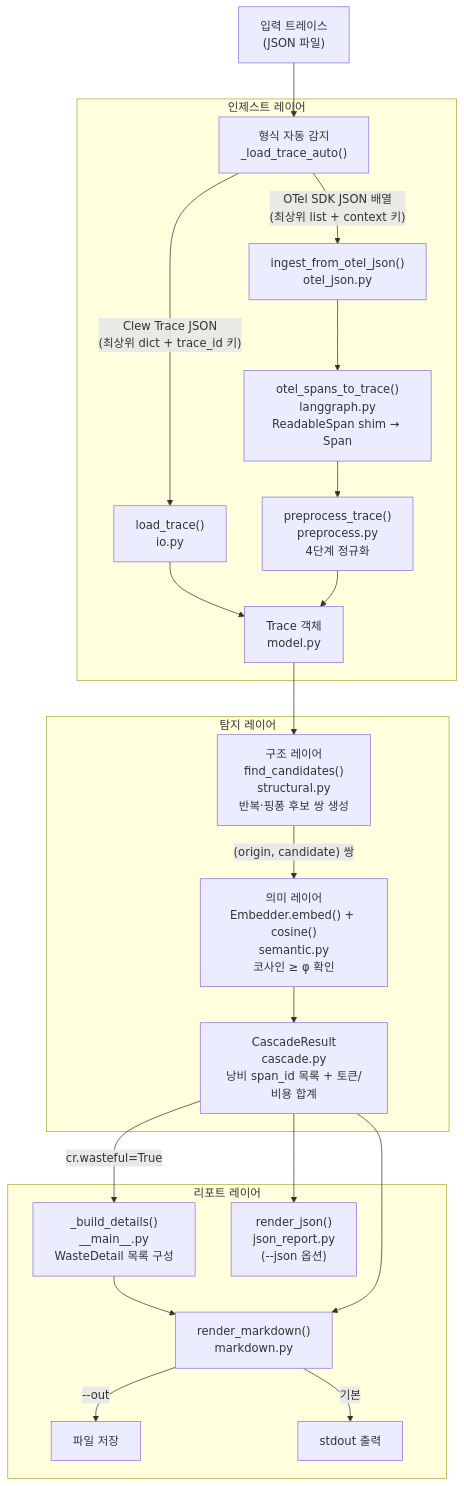
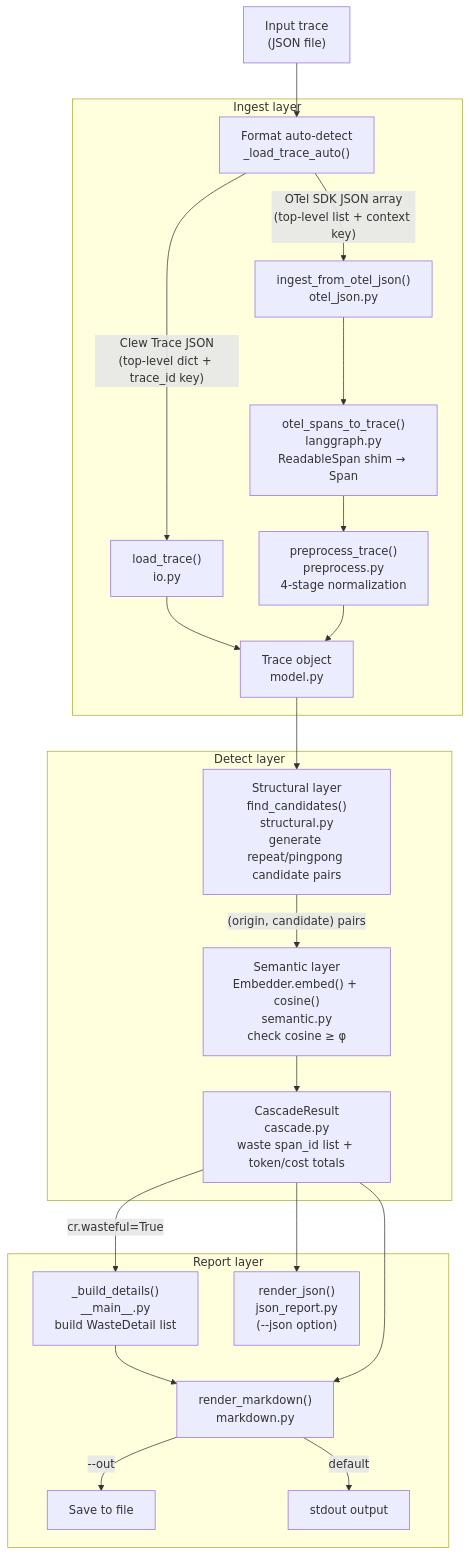
One commit to JEONSEWON/Clew-by-Custos changed the first of 2 diagrams in docs/ARCHITECTURE.md. Above: the diagram before and after it, drawn with Mermaid. The commit also changed other lines of this file and 5 other files, not shown here.

Commit message:
docs: translate all internal logs to English (PATTERNS, REDUNDANCY_BENCH, HANDOFF, TOOLATHLON, CC_TRANSCRIPT, ARCHITECTURE)

````diff
--- a/docs/ARCHITECTURE.md
+++ b/docs/ARCHITECTURE.md
@@ -46,31 +67,31 @@
 ```mermaid
 graph TD
-    A["입력 트레이스<br/>(JSON 파일)"] --> B
+    A["Input trace<br/>(JSON file)"] --> B
 
-    subgraph 인제스트 레이어
-        B["형식 자동 감지<br/>_load_trace_auto()"]
-        B -->|"Clew Trace JSON<br/>(최상위 dict + trace_id 키)"| C1["load_trace()<br/>io.py"]
-        B -->|"OTel SDK JSON 배열<br/>(최상위 list + context 키)"| C2["ingest_from_otel_json()<br/>otel_json.py"]
+    subgraph Ingest layer
+        B["Format auto-detect<br/>_load_trace_auto()"]
+        B -->|"Clew Trace JSON<br/>(top-level dict + trace_id key)"| C1["load_trace()<br/>io.py"]
+        B -->|"OTel SDK JSON array<br/>(top-level list + context key)"| C2["ingest_from_otel_json()<br/>otel_json.py"]
         C2 --> C3["otel_spans_to_trace()<br/>langgraph.py<br/>ReadableSpan shim → Span"]
-        C3 --> C4["preprocess_trace()<br/>preprocess.py<br/>4단계 정규화"]
+        C3 --> C4["preprocess_trace()<br/>preprocess.py<br/>4-stage normalization"]
         C1 --> D
         C4 --> D
-        D["Trace 객체<br/>model.py"]
+        D["Trace object<br/>model.py"]
     end
 
-    subgraph 탐지 레이어
-        D --> E["구조 레이어<br/>find_candidates()<br/>structural.py<br/>반복·핑퐁 후보 쌍 생성"]
-        E -->|"(origin, candidate) 쌍"| F["의미 레이어<br/>Embedder.embed() + cosine()<br/>semantic.py<br/>코사인 ≥ φ 확인"]
-        F --> G["CascadeResult<br/>cascade.py<br/>낭비 span_id 목록 + 토큰/비용 합계"]
+    subgraph Detect layer
+        D --> E["Structural layer<br/>find_candidates()<br/>structural.py<br/>generate repeat/pingpong candidate pairs"]
+        E -->|"(origin, candidate) pairs"| F["Semantic layer<br/>Embedder.embed() + cosine()<br/>semantic.py<br/>check cosine ≥ φ"]
+        F --> G["CascadeResult<br/>cascade.py<br/>waste span_id list + token/cost totals"]
     end
 
-    subgraph 리포트 레이어
-        G -->|"cr.wasteful=True"| H["_build_details()<br/>__main__.py<br/>WasteDetail 목록 구성"]
+    subgraph Report layer
+        G -->|"cr.wasteful=True"| H["_build_details()<br/>__main__.py<br/>build WasteDetail list"]
         H --> I
         G --> I
         I["render_markdown()<br/>markdown.py"]
-        I -->|"--out"| J["파일 저장"]
-        I -->|"기본"| K["stdout 출력"]
-        G --> L["render_json()<br/>json_report.py<br/>(--json 옵션)"]
+        I -->|"--out"| J["Save to file"]
+        I -->|"default"| K["stdout output"]
+        G --> L["render_json()<br/>json_report.py<br/>(--json option)"]
     end
 ```
````
